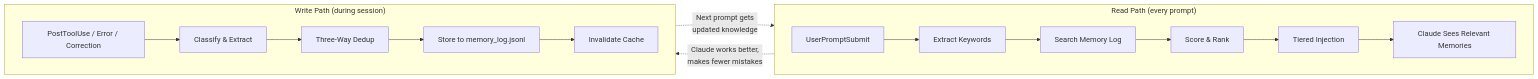
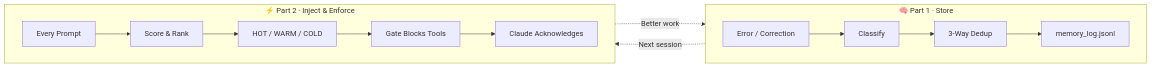
Before and after one commit to CalebDane7/cortex: the diagram in README.md, drawn with Mermaid. The commit also changed other lines of this file and 1 other file, not shown here.

First line of the commit message:
Rewrite README: governance-forced memory layer positioning

````diff
--- a/README.md
+++ b/README.md
@@ -31,24 +139,20 @@
 ```mermaid
 flowchart LR
-    subgraph READ ["Read Path (every prompt)"]
+    subgraph CAPTURE ["🧠 Part 1 · Store"]
         direction LR
-        A[UserPromptSubmit] --> B[Extract Keywords]
-        B --> C[Search Memory Log]
-        C --> D[Score & Rank]
-        D --> E[Tiered Injection]
-        E --> F[Claude Sees Relevant Memories]
+        G["Error / Correction"] --> H["Classify"]
+        H --> I["3-Way Dedup"]
+        I --> J["memory_log.jsonl"]
     end
 
-    subgraph WRITE ["Write Path (during session)"]
+    subgraph ENFORCE ["⚡ Part 2 · Inject & Enforce"]
         direction LR
-        G[PostToolUse / Error / Correction] --> H[Classify & Extract]
-        H --> I[Three-Way Dedup]
-        I --> J[Store to memory_log.jsonl]
-        J --> K[Invalidate Cache]
+        A["Every Prompt"] --> B["Score & Rank"]
+        B --> C["HOT / WARM / COLD"]
+        C --> D["Gate Blocks Tools"]
+        D --> E["Claude Acknowledges"]
     end
 
-    F -.->|"Claude works better,
-    makes fewer mistakes"| G
-    K -.->|"Next prompt gets
-    updated knowledge"| A
+    J -..->|"Next session"| A
+    E -..->|"Better work"| G
 ```
````
